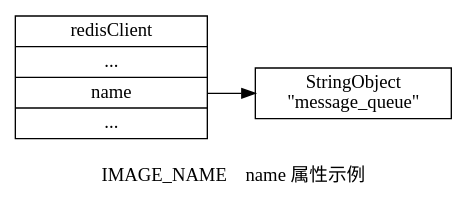
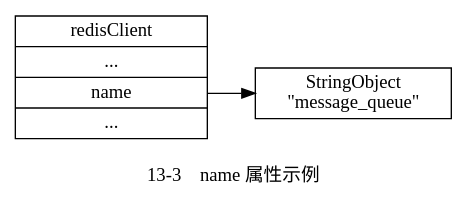
Before and after one commit to huangzworks/redisbook1e: the first of 9 diagrams in preview/client/redis_client_property.rst, drawn with Graphviz. The commit also changed other lines of this file and 4 other files, not shown here.

Commit message:
修正图 13-5 、14-3 和 14-6 ，感谢 凯旋冲锋 的提醒。

```diff
--- a/preview/client/redis_client_property.rst
+++ b/preview/client/redis_client_property.rst
@@ -127,19 +127,19 @@
 .. graphviz::
 
     digraph {
 
-        label = "\n IMAGE_NAME    name 属性示例";
+        label = "\n 13-3    name 属性示例";
 
         rankdir = LR;
 
         node [shape = record];
 
         client [label = " redisClient | ... | <name> name | ... ", width = 2];
 
         name [label = " <head> StringObject \n \"message_queue\" "];
 
         //
 
         client:name -> name:head;
 
     }
```
